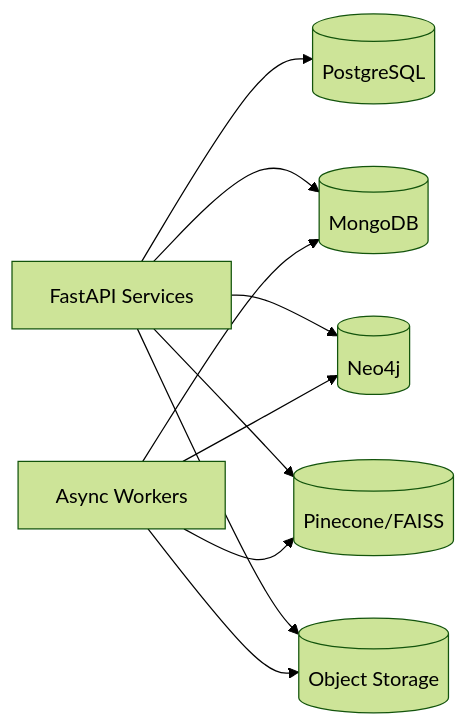
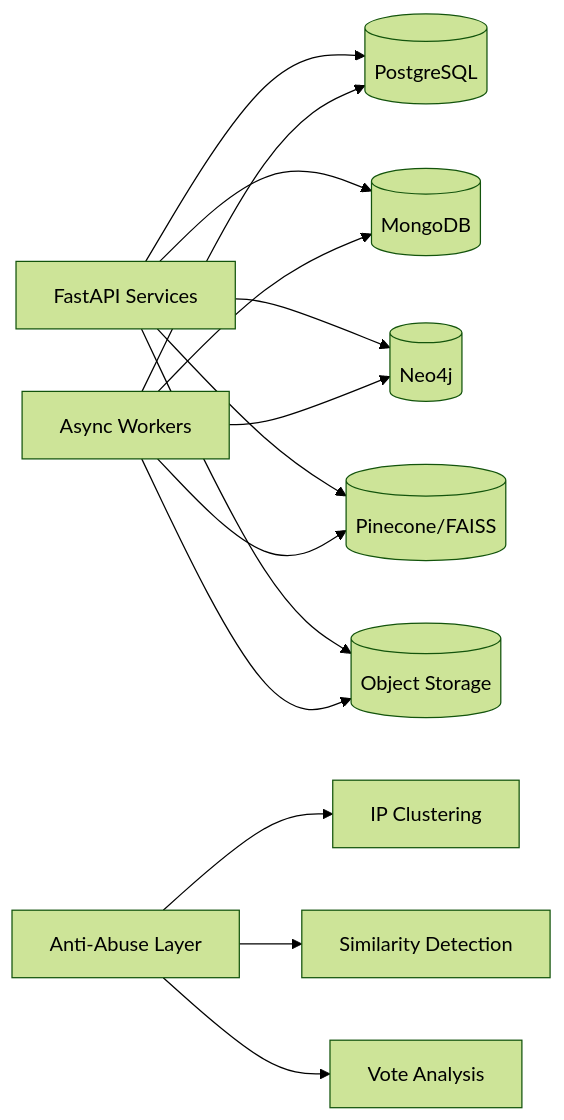
Before and after one commit to riju-talk/ai-entropy: the fifth of 6 diagrams in design.md, drawn with Mermaid (forest theme). The commit also changed other lines of this file and 37 other files, not shown here.

````diff
--- a/design.md
+++ b/design.md
@@ -375,13 +461,18 @@
 ```mermaid
 flowchart LR
   API[FastAPI Services] --> PG[(PostgreSQL)]
   API --> M[(MongoDB)]
   API --> N[(Neo4j)]
   API --> V[(Pinecone/FAISS)]
   API --> O[(Object Storage)]
 
   W[Async Workers] --> M
   W --> N
   W --> V
   W --> O
+  W --> PG
+
+  ABUSE[Anti-Abuse Layer] --> IP[IP Clustering]
+  ABUSE --> SIM[Similarity Detection]
+  ABUSE --> VOTE[Vote Analysis]
 ```
````
